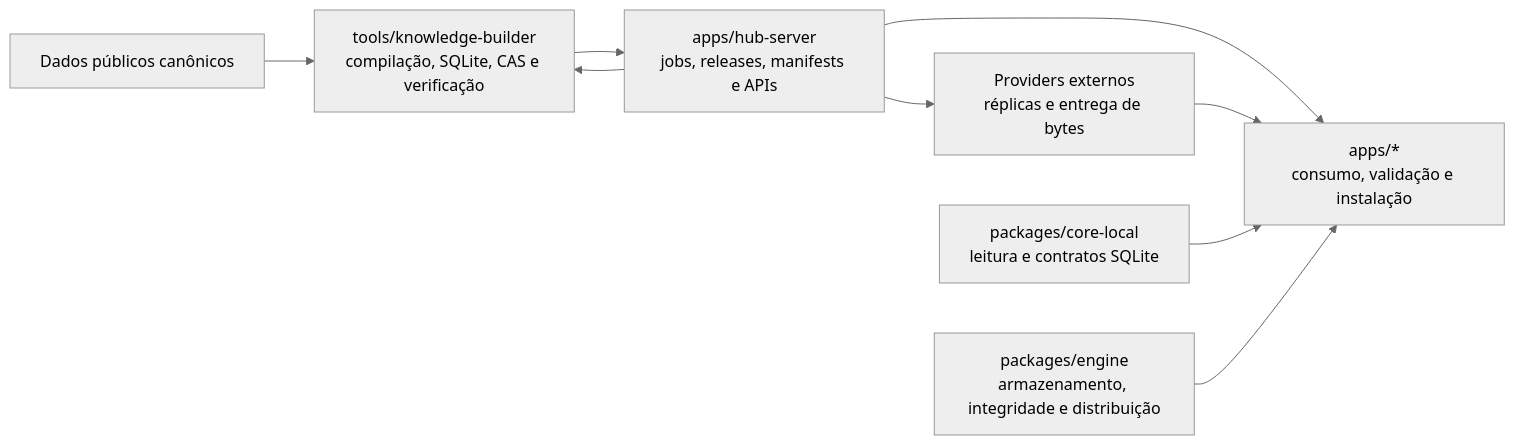
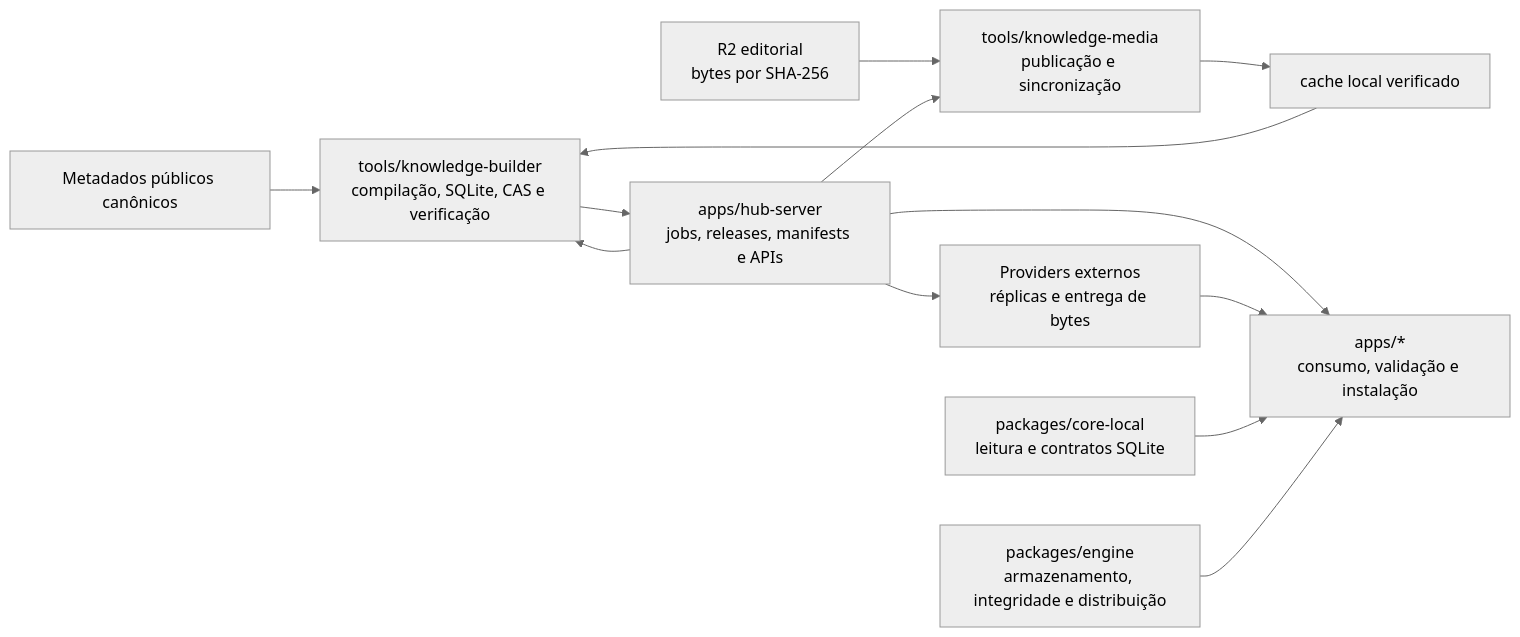
The third of 3 diagrams in docs/plans/hub-server/README.md (migmoroni/veterinary-clinic), drawn with Mermaid (neutral theme) before and after one commit. The commit also changed other lines of this file and 5 other files, not shown here.

Commit message:
doc: knowledge and media

````diff
--- a/docs/plans/hub-server/README.md
+++ b/docs/plans/hub-server/README.md
@@ -330,11 +358,15 @@
 ```mermaid
 flowchart LR
-    DATA["Dados públicos canônicos"] --> BUILDER["tools/knowledge-builder<br/>compilação, SQLite, CAS e verificação"]
+    DATA["Metadados públicos canônicos"] --> BUILDER["tools/knowledge-builder<br/>compilação, SQLite, CAS e verificação"]
+    R2SOURCE["R2 editorial<br/>bytes por SHA-256"] --> MEDIA["tools/knowledge-media<br/>publicação e sincronização"]
+    MEDIA --> CACHE["cache local verificado"]
+    CACHE --> BUILDER
     HUB["apps/hub-server<br/>jobs, releases, manifests e APIs"] --> BUILDER
+    HUB --> MEDIA
     BUILDER --> HUB
     HUB --> APP["apps/*<br/>consumo, validação e instalação"]
     HUB --> PROVIDERS["Providers externos<br/>réplicas e entrega de bytes"]
     PROVIDERS --> APP
     CORE["packages/core-local<br/>leitura e contratos SQLite"] --> APP
     ENGINE["packages/engine<br/>armazenamento, integridade e distribuição"] --> APP
 ```
````
